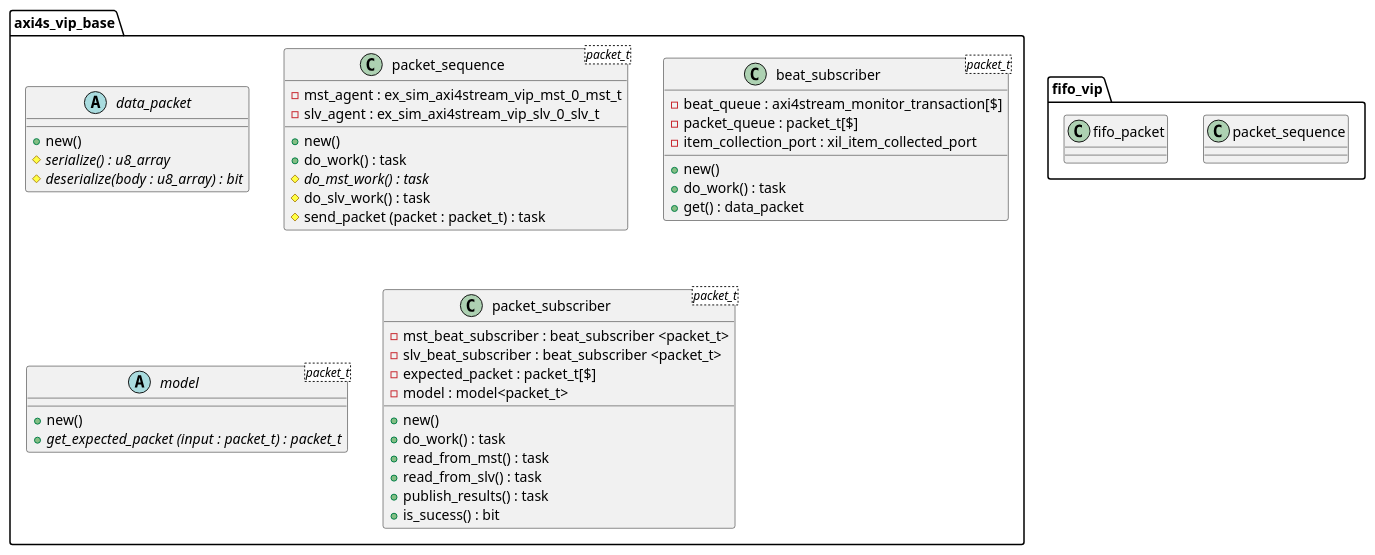
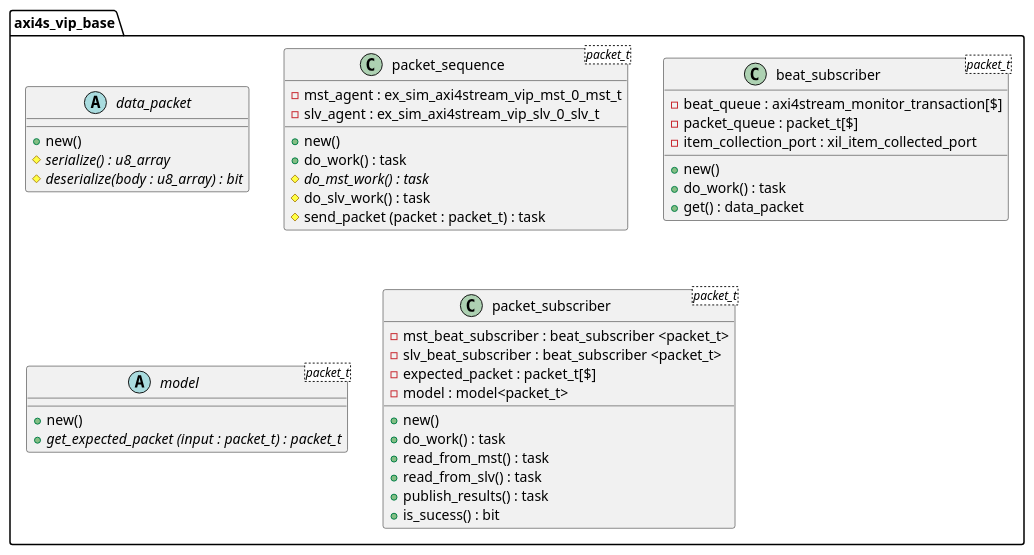
The diagram in doc/design.puml (accelr-net/axis_fifo_unit_test), drawn with PlantUML before and after one commit. The commit also changed 3 other files, not shown here.

```diff
--- a/doc/design.puml
+++ b/doc/design.puml
@@ -1,59 +1,53 @@
 @startuml acc_axi4s_vip
 
 set namespaceSeparator ::
 
 namespace axi4s_vip_base {
     abstract class data_packet {
       +new()
       #{abstract} serialize() : u8_array
       #{abstract} deserialize(body : u8_array) : bit 
     }
     
     class packet_sequence <packet_t> {
       -mst_agent : ex_sim_axi4stream_vip_mst_0_mst_t
       -slv_agent : ex_sim_axi4stream_vip_slv_0_slv_t
 
       +new()
       +do_work() : task
       #{abstract} do_mst_work() : task
       #do_slv_work() : task
       #send_packet (packet : packet_t) : task
     }
 
     class beat_subscriber <packet_t> {
       -beat_queue : axi4stream_monitor_transaction[$]
       -packet_queue : packet_t[$]
       -item_collection_port : xil_item_collected_port
 
       +new()
       +do_work() : task
       +get() : data_packet
 
     }
 
     abstract class model <packet_t> {
       +new()
       +{abstract} get_expected_packet (input : packet_t) : packet_t
     }
 
     class packet_subscriber <packet_t> {
       -mst_beat_subscriber : beat_subscriber <packet_t>
       -slv_beat_subscriber : beat_subscriber <packet_t>
       -expected_packet : packet_t[$]
       -model : model<packet_t>
 
       +new()
       +do_work() : task
       +read_from_mst() : task
       +read_from_slv() : task
       +publish_results() : task
       +is_sucess() : bit
     }
 }
-
-namespace fifo_vip {
-    class packet_sequence {}
-    class fifo_packet {}
-}
-
 @enduml
```
